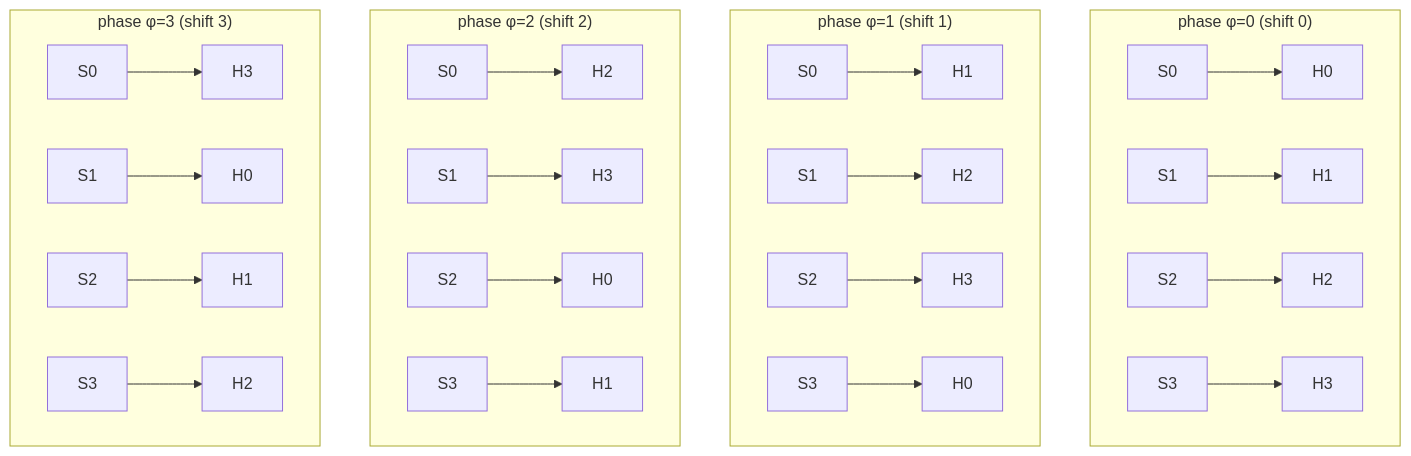
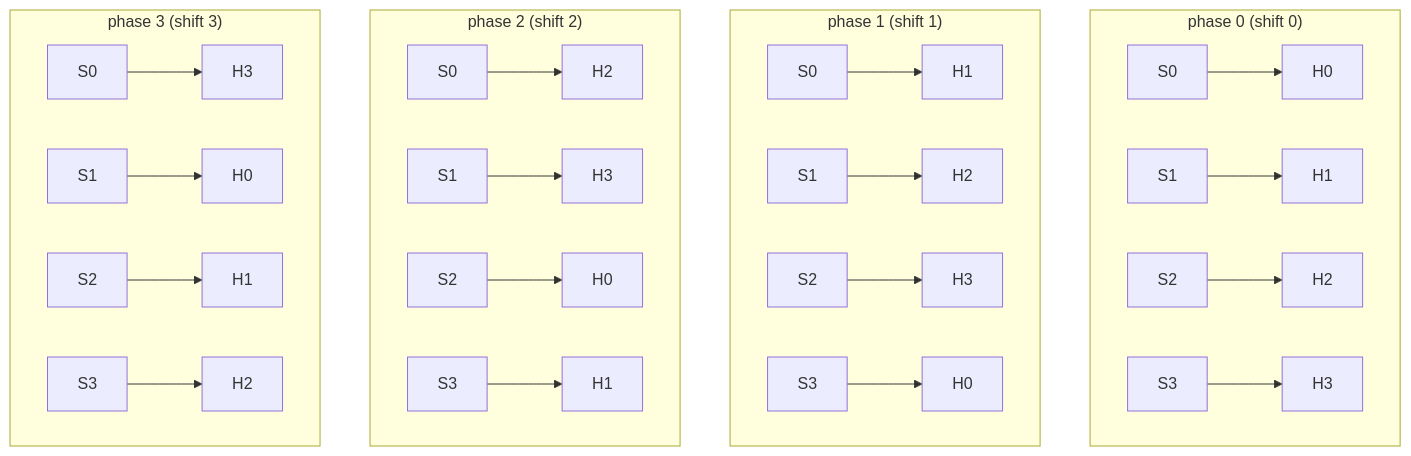
Before and after one commit to abhitopia/Morpher: the second of 2 diagrams in README.md, drawn with Mermaid. The commit also changed other lines of this file, not shown here.

````diff
--- a/README.md
+++ b/README.md
@@ -305,34 +332,34 @@
 ```mermaid
 flowchart TB
-  subgraph p0["phase φ=0 (shift 0)"]
+  subgraph p0["phase 0 (shift 0)"]
     direction LR
     S0a["S0"] --> H0a["H0"]
     S1a["S1"] --> H1a["H1"]
     S2a["S2"] --> H2a["H2"]
     S3a["S3"] --> H3a["H3"]
   end
 
-  subgraph p1["phase φ=1 (shift 1)"]
+  subgraph p1["phase 1 (shift 1)"]
     direction LR
     S0b["S0"] --> H1b["H1"]
     S1b["S1"] --> H2b["H2"]
     S2b["S2"] --> H3b["H3"]
     S3b["S3"] --> H0b["H0"]
   end
 
-  subgraph p2["phase φ=2 (shift 2)"]
+  subgraph p2["phase 2 (shift 2)"]
     direction LR
     S0c["S0"] --> H2c["H2"]
     S1c["S1"] --> H3c["H3"]
     S2c["S2"] --> H0c["H0"]
     S3c["S3"] --> H1c["H1"]
   end
 
-  subgraph p3["phase φ=3 (shift 3)"]
+  subgraph p3["phase 3 (shift 3)"]
     direction LR
     S0d["S0"] --> H3d["H3"]
     S1d["S1"] --> H0d["H0"]
     S2d["S2"] --> H1d["H1"]
     S3d["S3"] --> H2d["H2"]
   end
 ```
````
